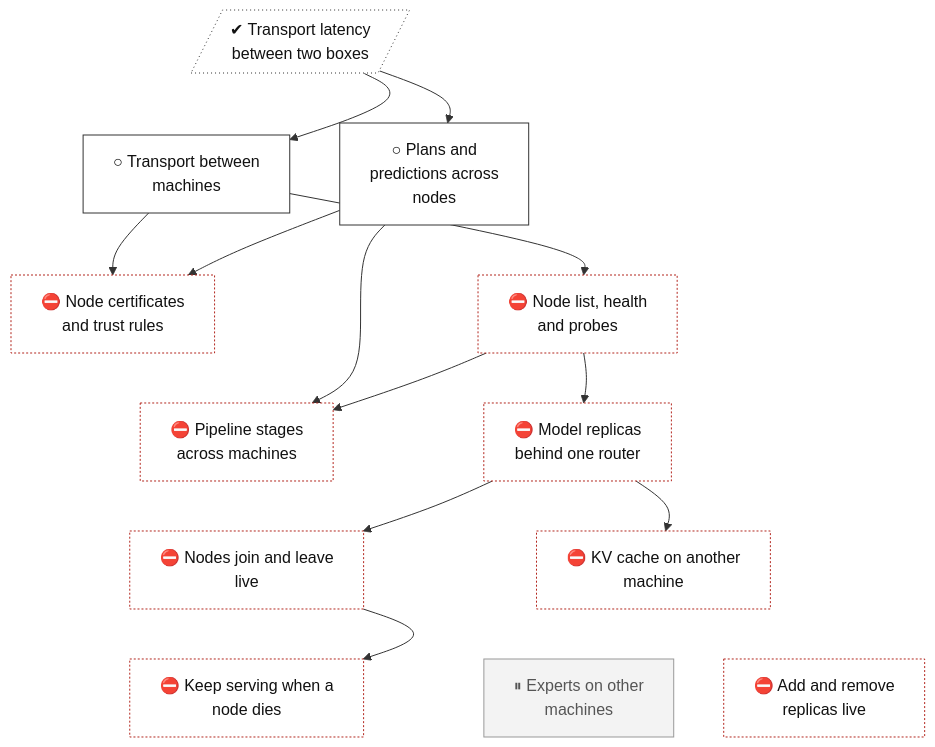
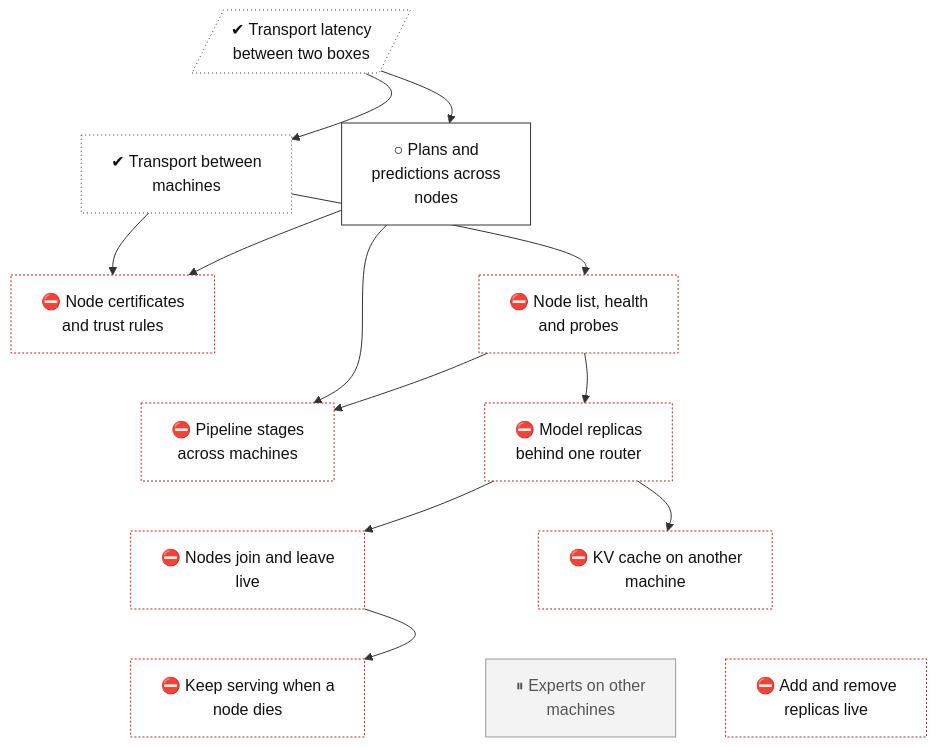
One commit to lhns/tetraeder changed the diagram in docs/roadmap/tracks/cluster.md. Above: the diagram before and after it, drawn with Mermaid. The commit also changed other lines of this file and 3 other files, not shown here.

````diff
--- a/docs/roadmap/tracks/cluster.md
+++ b/docs/roadmap/tracks/cluster.md
@@ -10,55 +10,55 @@
 ```mermaid
 flowchart TB
     cluster_transport_wan[/"✔ Transport latency<br/>between two boxes"/]
-    cluster_transport["○ Transport between<br/>machines"]
+    cluster_transport["✔ Transport between<br/>machines"]
     cluster_planner["○ Plans and<br/>predictions across<br/>nodes"]
     cluster_mtls["⛔ Node certificates<br/>and trust rules"]
     cluster_discovery["⛔ Node list, health<br/>and probes"]
     cluster_pipeline_nodes["⛔ Pipeline stages<br/>across machines"]
     cluster_replicas["⛔ Model replicas<br/>behind one router"]
     cluster_join_leave["⛔ Nodes join and leave<br/>live"]
     cluster_remote_kv["⛔ KV cache on another<br/>machine"]
     cluster_failover["⛔ Keep serving when a<br/>node dies"]
     cluster_experts_nodes["⏸ Experts on other<br/>machines"]
     cluster_replica_scaling["⛔ Add and remove<br/>replicas live"]
     cluster_transport_wan ~~~ cluster_transport
     cluster_transport_wan ~~~ cluster_planner
     cluster_transport ~~~ cluster_mtls
     cluster_planner ~~~ cluster_discovery
     cluster_mtls ~~~ cluster_pipeline_nodes
     cluster_discovery ~~~ cluster_replicas
     cluster_pipeline_nodes ~~~ cluster_join_leave
     cluster_replicas ~~~ cluster_remote_kv
     cluster_join_leave ~~~ cluster_failover
     cluster_remote_kv ~~~ cluster_experts_nodes
     cluster_remote_kv ~~~ cluster_replica_scaling
     cluster_transport_wan --> cluster_transport
     cluster_transport_wan --> cluster_planner
     cluster_transport --> cluster_mtls
     cluster_planner --> cluster_mtls
     cluster_transport --> cluster_discovery
     cluster_planner --> cluster_pipeline_nodes
     cluster_discovery --> cluster_pipeline_nodes
     cluster_discovery --> cluster_replicas
     cluster_replicas --> cluster_join_leave
     cluster_replicas --> cluster_remote_kv
     cluster_join_leave --> cluster_failover
     classDef vsucc fill:#2e9e4f,stroke:#1b6b34,color:#fff
     classDef succ fill:#bfe8c8,stroke:#2e9e4f,color:#111
     classDef mixed fill:#ffd37a,stroke:#c98a00,color:#111
     classDef bad fill:#f28b82,stroke:#b3261e,color:#111
     classDef dead fill:#e6e6e6,stroke:#777,stroke-dasharray:5 5,color:#555
     classDef inprog fill:#a8cdf5,stroke:#1f6fc5,color:#111
     classDef next fill:#fff,stroke:#333,color:#111
     classDef blocked fill:#fff,stroke:#b3261e,stroke-dasharray:2 2,color:#111
     classDef parked fill:#f3f3f3,stroke:#999,color:#555
     classDef unrated fill:#fff,stroke:#333,stroke-dasharray:1 3,color:#111
     classDef gate fill:#d9c2f0,stroke:#7b3fb5,color:#111
     classDef decided fill:#ece0f7,stroke:#7b3fb5,stroke-dasharray:2 2,color:#111
     classDef finding fill:#ffe0b2,stroke:#d84315,stroke-width:2px,color:#111
     classDef waiting fill:#e3f2fd,stroke:#1f6fc5,stroke-dasharray:5 5,color:#111
-    class cluster_transport_wan unrated
-    class cluster_transport,cluster_planner next
+    class cluster_transport_wan,cluster_transport unrated
+    class cluster_planner next
     class cluster_mtls,cluster_discovery,cluster_pipeline_nodes,cluster_replicas,cluster_join_leave,cluster_remote_kv,cluster_failover,cluster_replica_scaling blocked
     class cluster_experts_nodes parked
 ```
````
